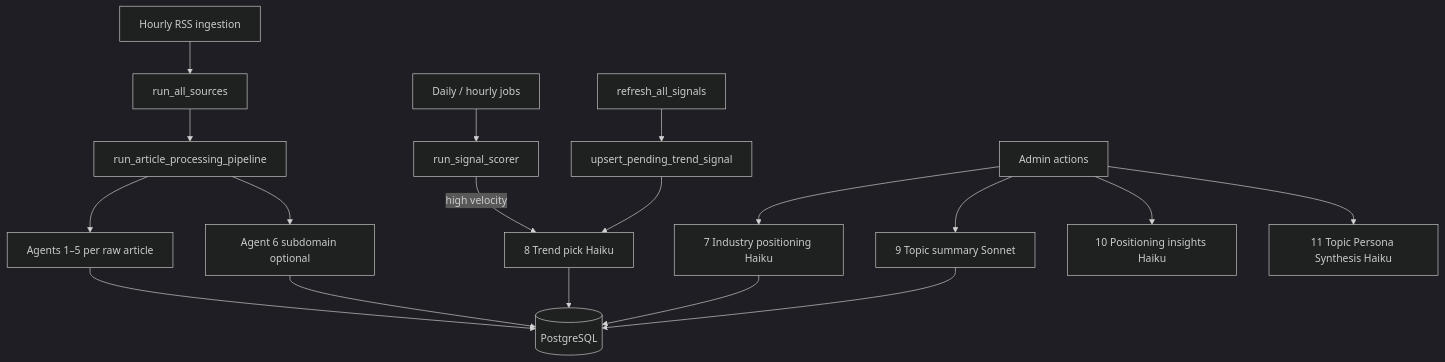
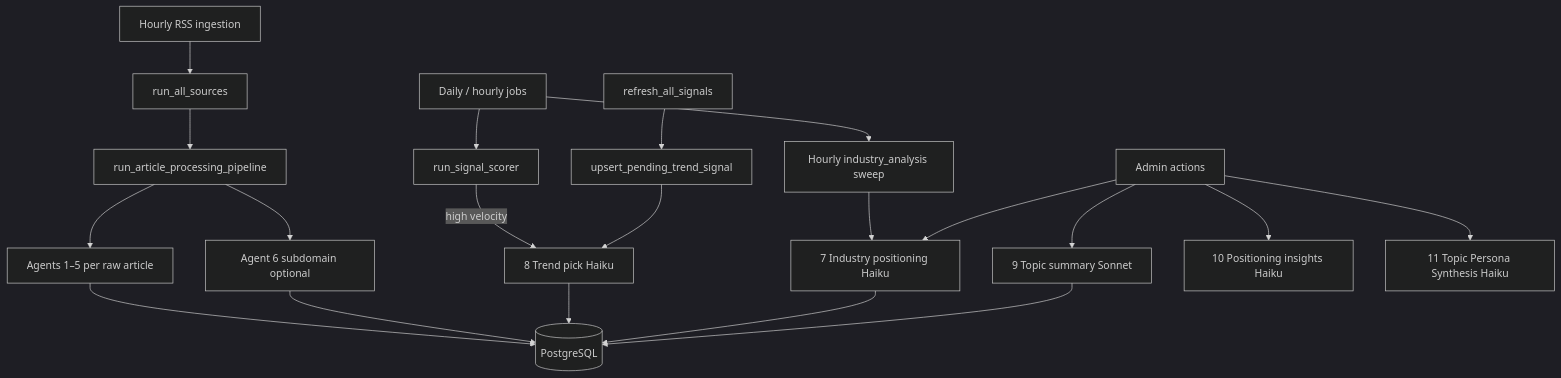
The second of 3 diagrams in docs/ai-agents-and-flow.md (pfreePOTS/pulseoftechnology), drawn with Mermaid (dark theme) before and after one commit. The commit also changed other lines of this file and 20 other files, not shown here.

First line of the commit message:
Run industry analysis automatically and keep placeholder cells off the radar.

````diff
--- a/docs/ai-agents-and-flow.md
+++ b/docs/ai-agents-and-flow.md
@@ -60,24 +60,26 @@
 ```mermaid
 flowchart TB
   RSS[Hourly RSS ingestion] --> ING[run_all_sources]
   ING --> PROC[run_article_processing_pipeline]
   PROC --> E5[Agents 1–5 per raw article]
   PROC --> SUB[Agent 6 subdomain optional]
 
   SCH[Daily / hourly jobs] --> SIG[run_signal_scorer]
+  SCH --> IAS[Hourly industry_analysis sweep]
+  IAS --> IND
   SIG -->|high velocity| TP[8 Trend pick Haiku]
   REF[refresh_all_signals] --> UPS[upsert_pending_trend_signal]
   UPS --> TP
 
   ADM[Admin actions] --> IND[7 Industry positioning Haiku]
   ADM --> SUM[9 Topic summary Sonnet]
   ADM --> TRE[10 Positioning insights Haiku]
   ADM --> PBR[11 Topic Persona Synthesis Haiku]
 
   DB[(PostgreSQL)]
   E5 --> DB
   SUB --> DB
   TP --> DB
   IND --> DB
   SUM --> DB
 ```
````
